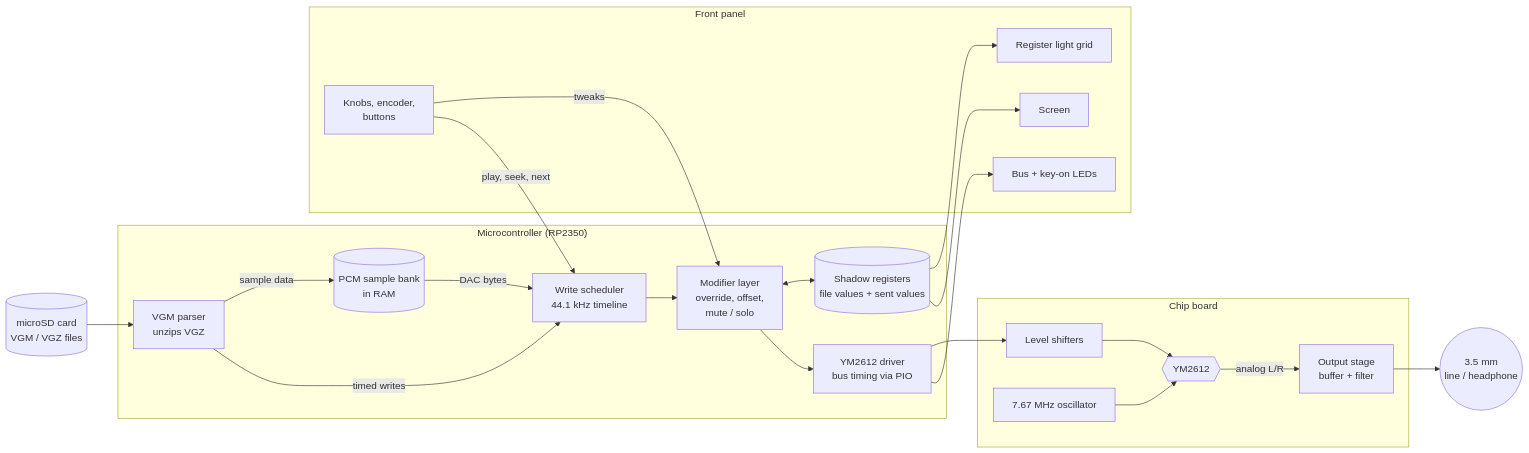
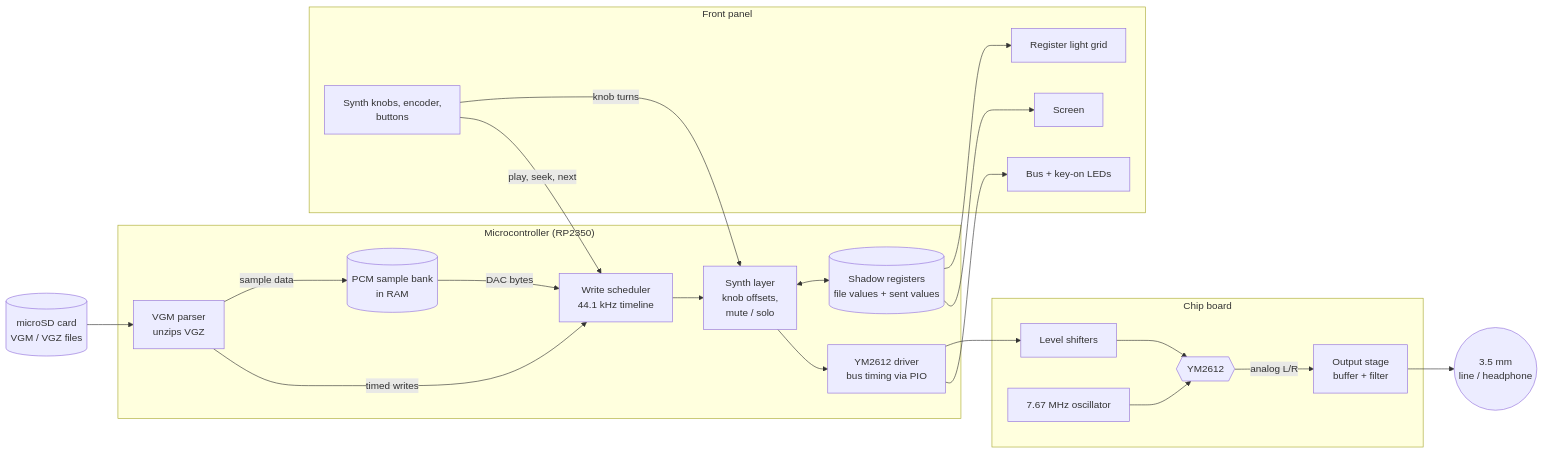
Before and after one commit to ctrlvlts-000/Vintage-Sound-Chip-Player: the diagram in docs/DESIGN.md, drawn with Mermaid. The commit also changed other lines of this file, not shown here.

First line of the commit message:
Switch design to synth controls only

````diff
--- a/docs/DESIGN.md
+++ b/docs/DESIGN.md
@@ -61,44 +61,44 @@
 ```mermaid
 flowchart LR
     SD[(microSD card<br/>VGM / VGZ files)]
 
     subgraph MCU["Microcontroller (RP2350)"]
         PARSE[VGM parser<br/>unzips VGZ]
         PCM[(PCM sample bank<br/>in RAM)]
         SCHED[Write scheduler<br/>44.1 kHz timeline]
-        MOD[Modifier layer<br/>override, offset,<br/>mute / solo]
+        MOD[Synth layer<br/>knob offsets,<br/>mute / solo]
         SHADOW[(Shadow registers<br/>file values + sent values)]
         DRV[YM2612 driver<br/>bus timing via PIO]
     end
 
     subgraph Panel["Front panel"]
-        CTRL[Knobs, encoder,<br/>buttons]
+        CTRL[Synth knobs, encoder,<br/>buttons]
         SCREEN[Screen]
         GRID[Register light grid]
         BUSLED[Bus + key-on LEDs]
     end
 
     subgraph Chip["Chip board"]
         BUF[Level shifters]
         YM{{YM2612}}
         OSC[7.67 MHz oscillator]
         AOUT[Output stage<br/>buffer + filter]
     end
 
     OUT((3.5 mm<br/>line / headphone))
 
     SD --> PARSE
     PARSE -- "sample data" --> PCM
     PARSE -- "timed writes" --> SCHED
     PCM -- "DAC bytes" --> SCHED
     SCHED --> MOD
-    CTRL -- "tweaks" --> MOD
+    CTRL -- "knob turns" --> MOD
     CTRL -- "play, seek, next" --> SCHED
     MOD <--> SHADOW
     MOD --> DRV --> BUF --> YM
     OSC --> YM
     YM -- "analog L/R" --> AOUT --> OUT
     SHADOW --> GRID
     SHADOW --> SCREEN
     DRV --> BUSLED
 ```
````
